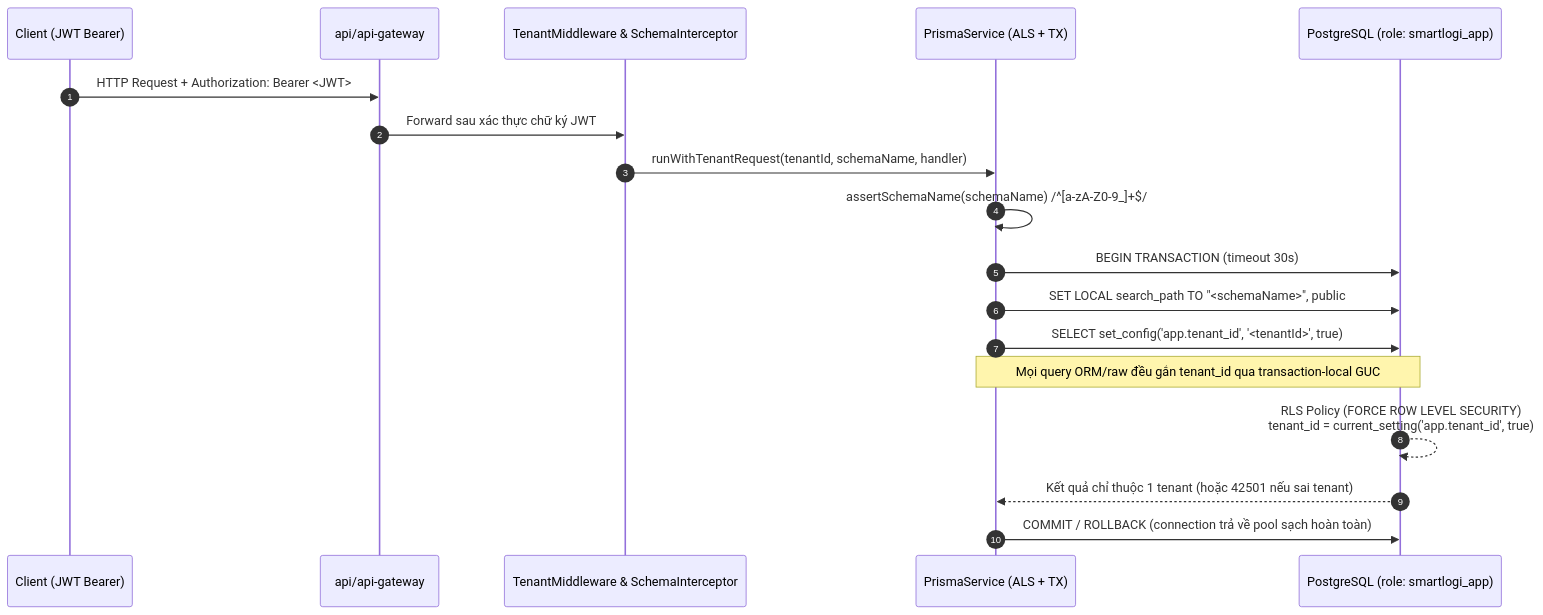
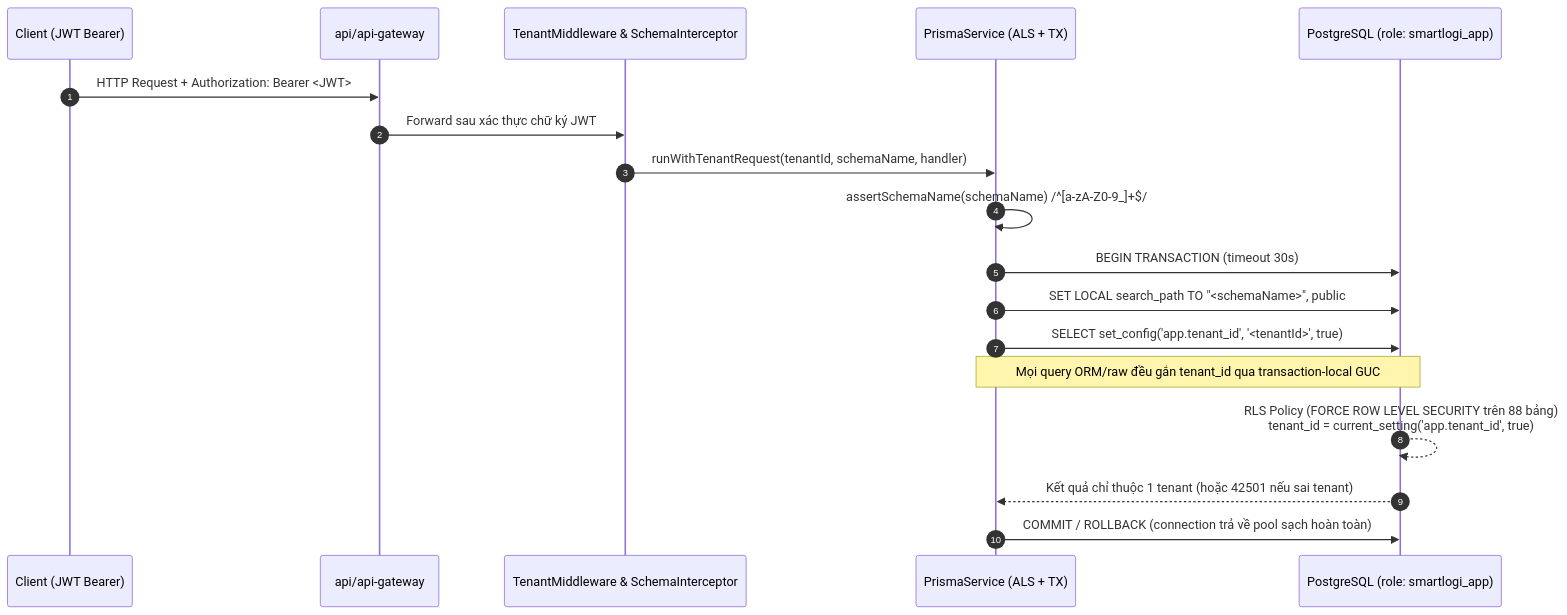
The second of 4 diagrams in docs/architecture-and-erd.md (lovemvaf/Logistic_AI_SaaS), drawn with Mermaid before and after one commit. The commit also changed other lines of this file and 21 other files, not shown here.

Commit message:
docs,ci(g7): synchronize enterprise architecture, B3-B4 dossier, CI tests & coverage

````diff
--- a/docs/architecture-and-erd.md
+++ b/docs/architecture-and-erd.md
@@ -87,21 +88,21 @@
 ```mermaid
 sequenceDiagram
   autonumber
   participant C as Client (JWT Bearer)
   participant GW as api/api-gateway
   participant MW as TenantMiddleware & SchemaInterceptor
   participant PS as PrismaService (ALS + TX)
   participant PG as PostgreSQL (role: smartlogi_app)
 
   C->>GW: HTTP Request + Authorization: Bearer <JWT>
   GW->>MW: Forward sau xác thực chữ ký JWT
   MW->>PS: runWithTenantRequest(tenantId, schemaName, handler)
   PS->>PS: assertSchemaName(schemaName) /^[a-zA-Z0-9_]+$/
   PS->>PG: BEGIN TRANSACTION (timeout 30s)
   PS->>PG: SET LOCAL search_path TO "<schemaName>", public
   PS->>PG: SELECT set_config('app.tenant_id', '<tenantId>', true)
   Note over PS,PG: Mọi query ORM/raw đều gắn tenant_id qua transaction-local GUC
-  PG-->>PG: RLS Policy (FORCE ROW LEVEL SECURITY)<br/>tenant_id = current_setting('app.tenant_id', true)
+  PG-->>PG: RLS Policy (FORCE ROW LEVEL SECURITY trên 88 bảng)<br/>tenant_id = current_setting('app.tenant_id', true)
   PG-->>PS: Kết quả chỉ thuộc 1 tenant (hoặc 42501 nếu sai tenant)
   PS->>PG: COMMIT / ROLLBACK (connection trả về pool sạch hoàn toàn)
 ```
````
